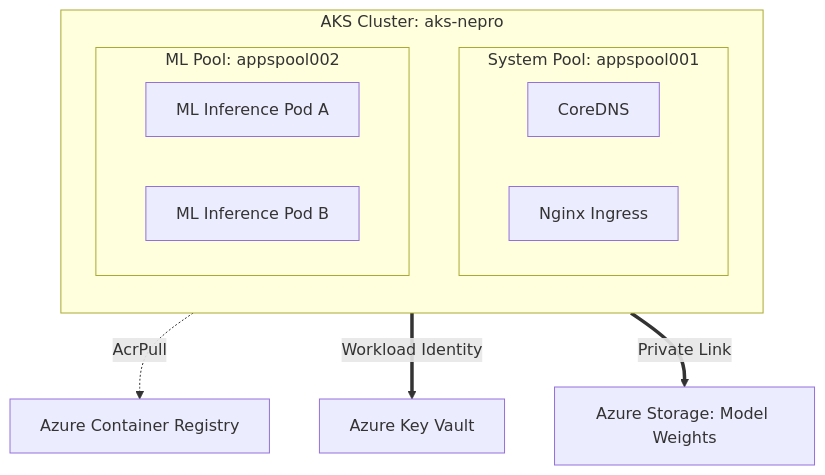
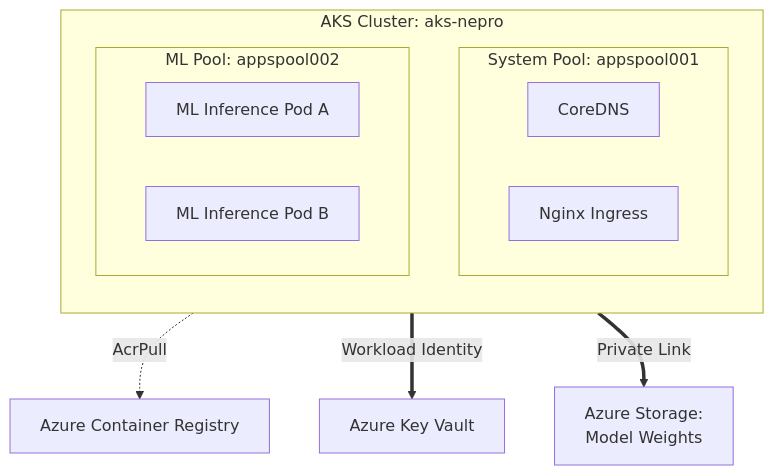
Before and after one commit to nubenetes/terraform-azure-devops-agentic: the diagram in docs/331-AKS_COMPUTE_HUB_AND_ML_ORCHESTRATION.md, drawn with Mermaid. The commit also changed 23 other files, not shown here.

Commit message:
docs: establish automated Mermaid validator and eliminate text clipping repo-wide

````diff
--- a/docs/331-AKS_COMPUTE_HUB_AND_ML_ORCHESTRATION.md
+++ b/docs/331-AKS_COMPUTE_HUB_AND_ML_ORCHESTRATION.md
@@ -36,20 +36,20 @@
 ```mermaid
 graph TD
     subgraph AKS_CLUSTER [AKS Cluster: aks-nepro]
         direction TB
         subgraph SYSTEM_POOL [System Pool: appspool001]
             CORE_DNS[CoreDNS]
             INGRESS[Nginx Ingress]
         end
         subgraph USER_POOL_ML [ML Pool: appspool002]
             MODEL_A[ML Inference Pod A]
             MODEL_B[ML Inference Pod B]
         end
     end
     ACR[Azure Container Registry]
     KV[Azure Key Vault]
-    SA[Azure Storage: Model Weights]
+    SA[Azure Storage:<br/>Model Weights]
     USER_POOL_ML -.->|AcrPull| ACR
     USER_POOL_ML ==> |Workload Identity|KV
     USER_POOL_ML ==> |Private Link|SA
 ```
````
